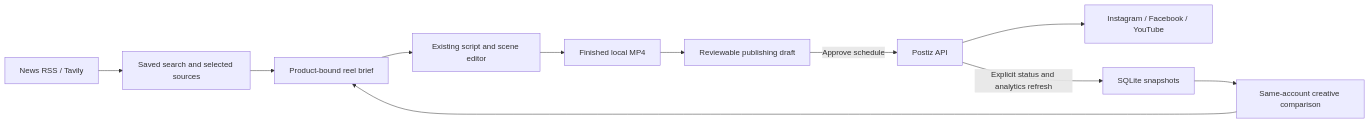
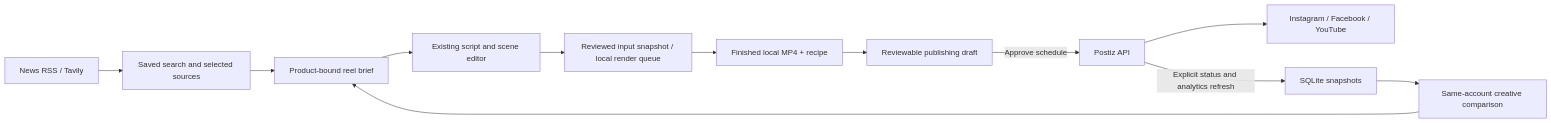
Before and after one commit to AshuArmada/ReelFactory: the diagram in docs/REPOSITORY_COMPARISON_2026-10-11.md, drawn with Mermaid. The commit also changed other lines of this file and 9 other files, not shown here.

Commit message:
feat: add render queue workspace and portable presets inspired by Wan2GP

````diff
--- a/docs/REPOSITORY_COMPARISON_2026-10-11.md
+++ b/docs/REPOSITORY_COMPARISON_2026-10-11.md
@@ -116,13 +131,14 @@
 ```mermaid
 flowchart LR
     N[News RSS / Tavily] --> R[Saved search and selected sources]
     R --> B[Product-bound reel brief]
     B --> E[Existing script and scene editor]
-    E --> V[Finished local MP4]
+    E --> Q[Reviewed input snapshot / local render queue]
+    Q --> V[Finished local MP4 + recipe]
     V --> D[Reviewable publishing draft]
     D -->|Approve schedule| P[Postiz API]
     P --> C[Instagram / Facebook / YouTube]
     P -->|Explicit status and analytics refresh| S[SQLite snapshots]
     S --> I[Same-account creative comparison]
     I --> B
 ```
````
